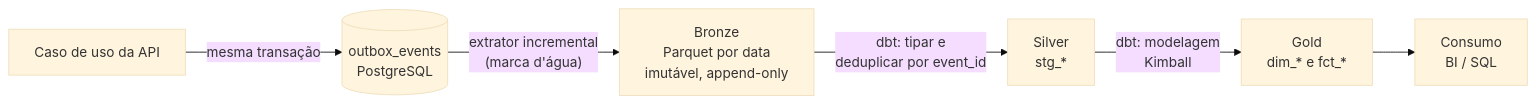
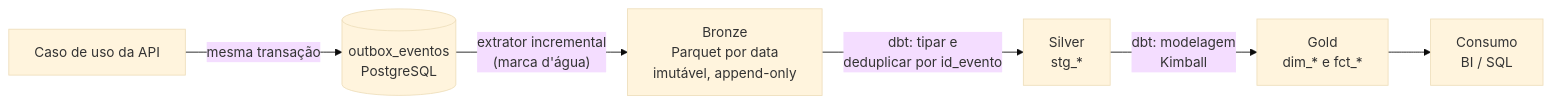
The diagram in docs/dados/README.md (rfelribeiro/raizes-do-nordeste-backend), drawn with Mermaid (base theme) before and after one commit. The commit also changed other lines of this file and 51 other files, not shown here.

````diff
--- a/docs/dados/README.md
+++ b/docs/dados/README.md
@@ -39,8 +39,8 @@
 ```mermaid
 flowchart LR
-    A["Caso de uso da API"] -->|"mesma transação"| B[("outbox_events<br/>PostgreSQL")]
+    A["Caso de uso da API"] -->|"mesma transação"| B[("outbox_eventos<br/>PostgreSQL")]
     B -->|"extrator incremental<br/>(marca d'água)"| C["Bronze<br/>Parquet por data<br/>imutável, append-only"]
-    C -->|"dbt: tipar e<br/>deduplicar por event_id"| D["Silver<br/>stg_*"]
+    C -->|"dbt: tipar e<br/>deduplicar por id_evento"| D["Silver<br/>stg_*"]
     D -->|"dbt: modelagem<br/>Kimball"| E["Gold<br/>dim_* e fct_*"]
     E --> F["Consumo<br/>BI / SQL"]
 ```
````
